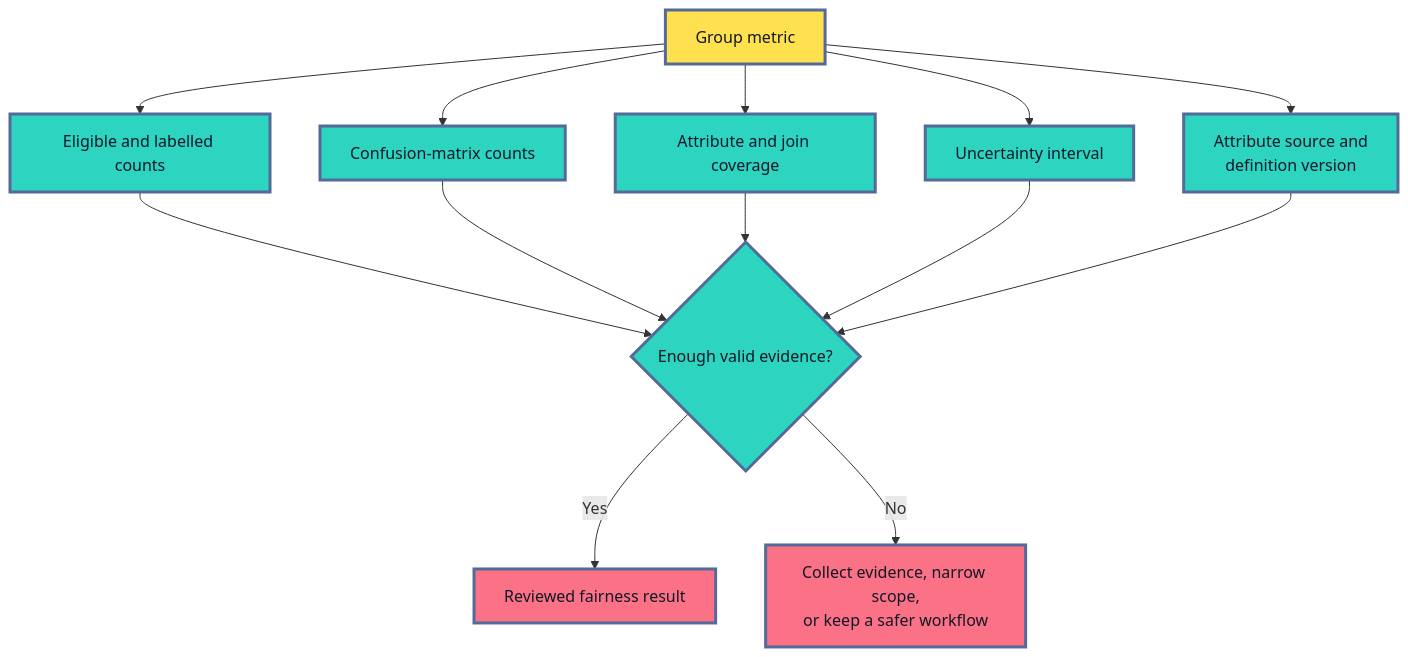
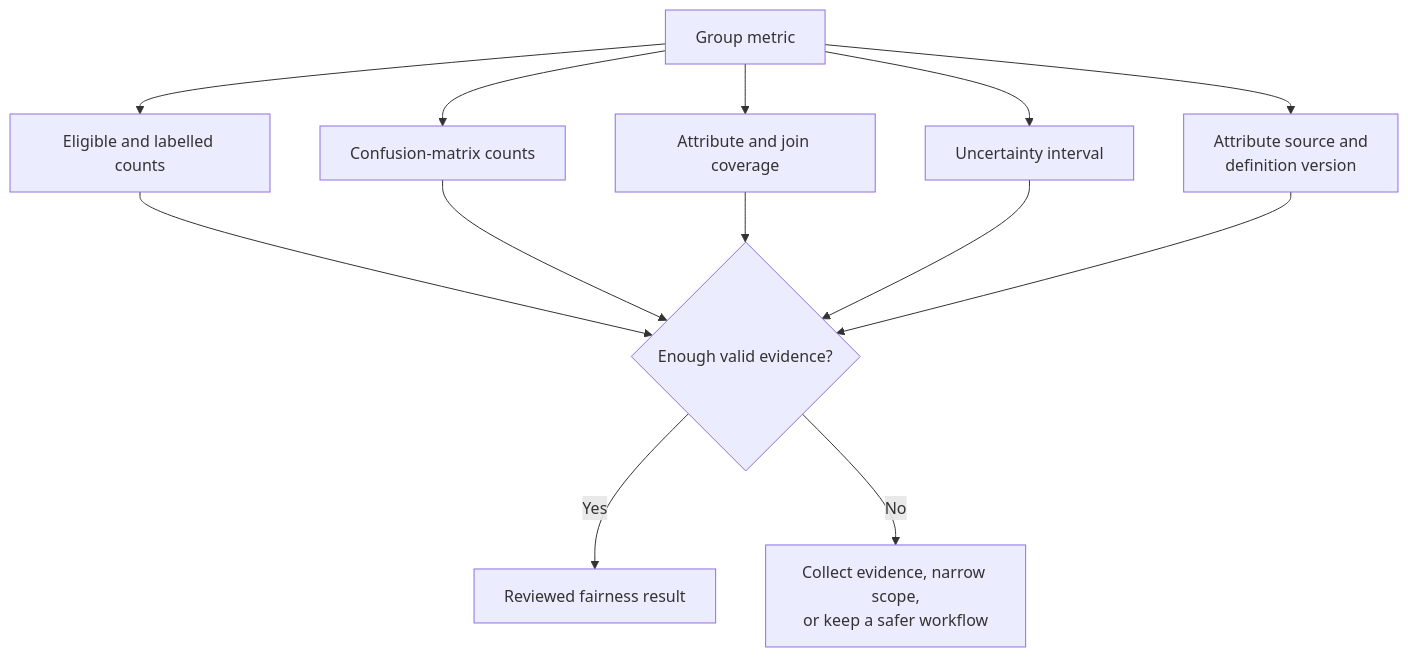
Before and after one commit to senlinyy/dev-roadmaps: the eighth of 14 diagrams in roadmaps/mlops/modules/model-evaluation/production-readiness/02-bias-fairness-responsible-evaluation.md, drawn with Mermaid. The commit also changed other lines of this file and 152 other files, not shown here.

Commit message:
feat: mlops and diagrams updated

````diff
--- a/roadmaps/mlops/modules/model-evaluation/production-readiness/02-bias-fairness-responsible-evaluation.md
+++ b/roadmaps/mlops/modules/model-evaluation/production-readiness/02-bias-fairness-responsible-evaluation.md
@@ -542,22 +520,19 @@
 ```mermaid
 flowchart TD
     A["Group metric"] --> B["Eligible and labelled counts"]
     A --> C["Confusion-matrix counts"]
     A --> D["Attribute and join coverage"]
     A --> E["Uncertainty interval"]
     A --> F["Attribute source and<br/>definition version"]
     B --> G{"Enough valid evidence?"}
     C --> G
     D --> G
     E --> G
     F --> G
     G -->|"Yes"| H["Reviewed fairness result"]
     G -->|"No"| I["Collect evidence, narrow scope,<br/>or keep a safer workflow"]
 
-    classDef metric fill:#FFE04F,stroke:#536A9A,stroke-width:3px,color:#111827
-    classDef evidence fill:#2DD4BF,stroke:#536A9A,stroke-width:3px,color:#0F172A
-    classDef decision fill:#FB7185,stroke:#536A9A,stroke-width:3px,color:#111827
     class A metric
     class B,C,D,E,F,G evidence
     class H,I decision
 ```
````
